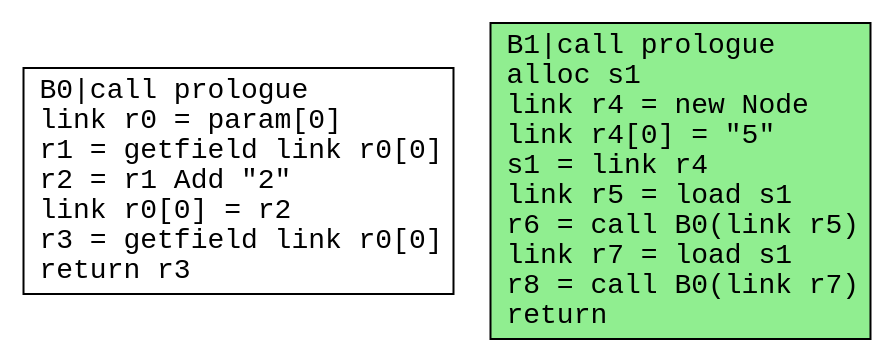
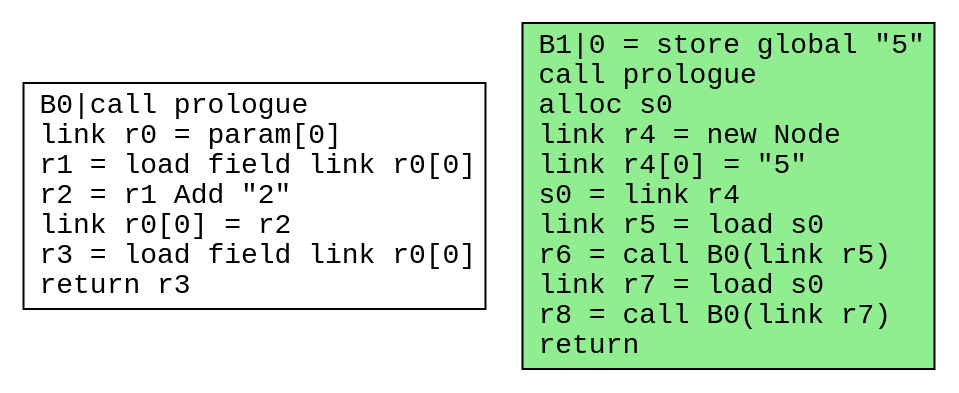
One commit to safarislava/ProcTranslator changed the diagram in output/classes.dot. Above: the diagram before and after it, drawn with Graphviz. The commit also changed 24 other files, not shown here.

```diff
--- a/output/classes.dot
+++ b/output/classes.dot
@@ -1,9 +1,9 @@
 digraph CFG {
   rankdir=TB;
   node [shape=box, fontname="Courier"];
   edge [fontname="Courier"];
 
-  B0 [label="B0|call prologue\llink r0 = param[0]\lr1 = getfield link r0[0]\lr2 = r1 Add \"2\"\llink r0[0] = r2\lr3 = getfield link r0[0]\lreturn r3\l"];
-  B1 [label="B1|call prologue\lalloc s1\llink r4 = new Node\llink r4[0] = \"5\"\ls1 = link r4\llink r5 = load s1\lr6 = call B0(link r5)\llink r7 = load s1\lr8 = call B0(link r7)\lreturn\l"];
+  B0 [label="B0|call prologue\llink r0 = param[0]\lr1 = load field link r0[0]\lr2 = r1 Add \"2\"\llink r0[0] = r2\lr3 = load field link r0[0]\lreturn r3\l"];
+  B1 [label="B1|0 = store global \"5\"\lcall prologue\lalloc s0\llink r4 = new Node\llink r4[0] = \"5\"\ls0 = link r4\llink r5 = load s0\lr6 = call B0(link r5)\llink r7 = load s0\lr8 = call B0(link r7)\lreturn\l"];
   B1 [style=filled, fillcolor=lightgreen];
 }
```
